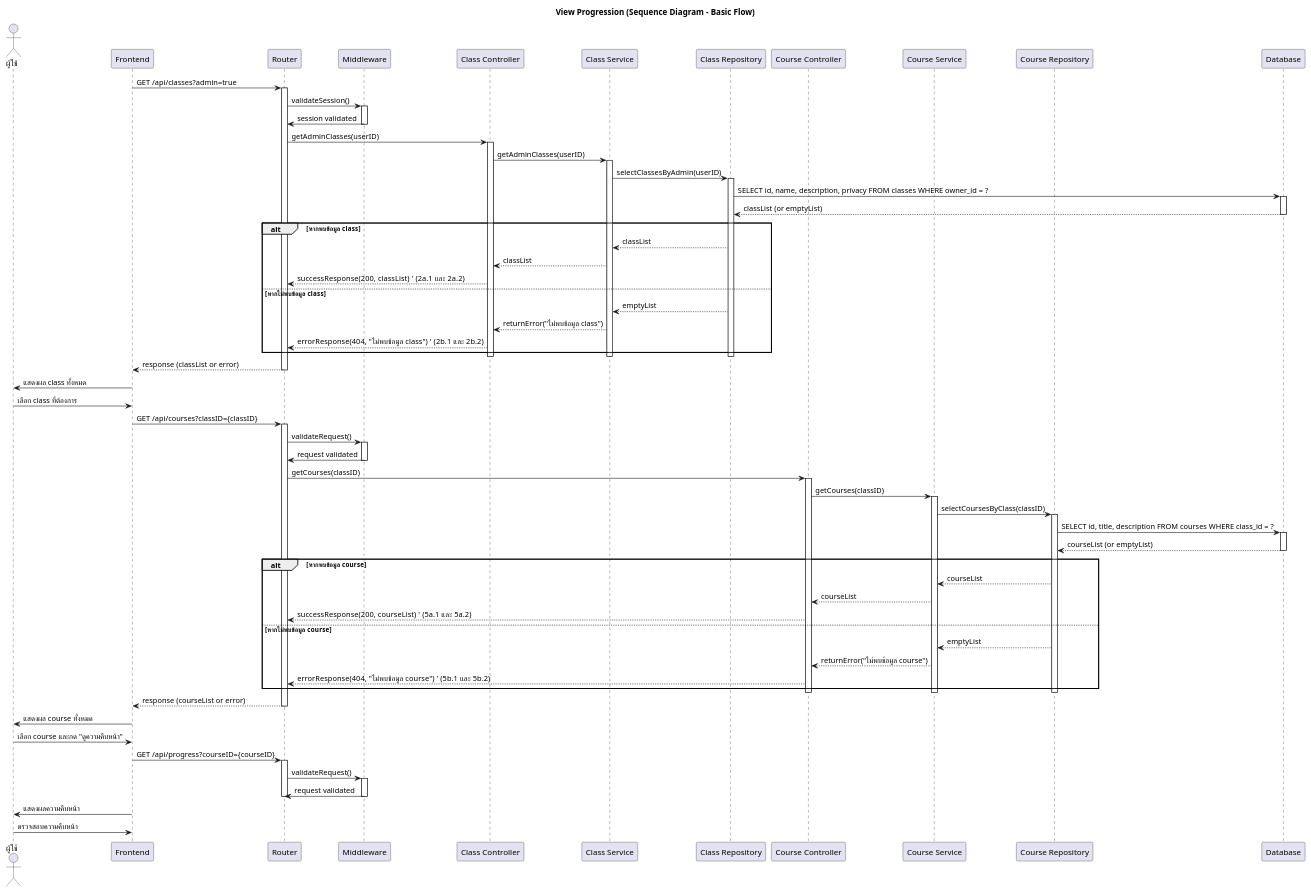
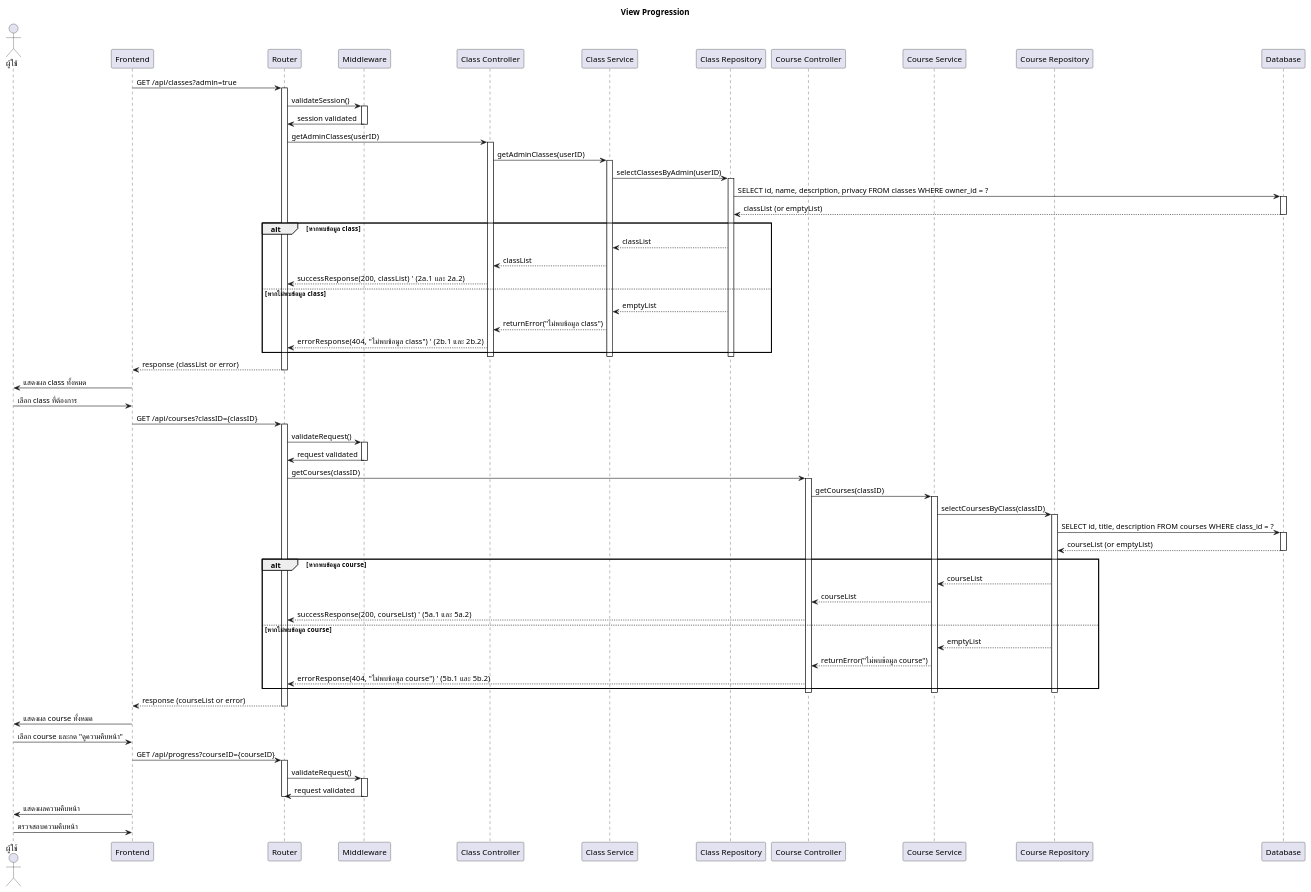
One commit to CS371-Project-Management/CS371-Sequence-Diagram changed the diagram in Not-done-SD-View-Progression.puml. Above: the diagram before and after it, drawn with PlantUML. The commit also changed 8 other files, not shown here.

```diff
--- a/Not-done-SD-View-Progression.puml
+++ b/Not-done-SD-View-Progression.puml
@@ -1,101 +1,101 @@
 @startuml
-title View Progression (Sequence Diagram - Basic Flow)
+title View Progression
 
 actor "ผู้ใช้" as User
 '--- Phase 1: ดึงข้อมูล Class ---
 participant "Frontend" as FE
 participant "Router" as Router
 participant "Middleware" as MW
 participant "Class Controller" as ClassCtrl
 participant "Class Service" as ClassServ
 participant "Class Repository" as ClassRepo
 participant "Course Controller" as CourseCtrl
 participant "Course Service" as CourseServ
 participant "Course Repository" as CourseRepo
 participant "Database" as DB
 
 ' ระบบดึงข้อมูล class ที่ผู้ใช้เข้าร่วม
 FE -> Router: GET /api/classes?admin=true
 activate Router
 Router -> MW: validateSession()
 activate MW
 MW -> Router: session validated
 deactivate MW
 Router -> ClassCtrl: getAdminClasses(userID)
 activate ClassCtrl
 ClassCtrl -> ClassServ: getAdminClasses(userID)
 activate ClassServ
 ClassServ -> ClassRepo: selectClassesByAdmin(userID)
 activate ClassRepo
 ClassRepo -> DB: SELECT id, name, description, privacy FROM classes WHERE owner_id = ?
 activate DB
 DB --> ClassRepo: classList (or emptyList)
 deactivate DB
 alt หากพบข้อมูล class
     ClassRepo --> ClassServ: classList
     ClassServ --> ClassCtrl: classList
     ClassCtrl --> Router: successResponse(200, classList)   ' (2a.1 และ 2a.2)
 else หากไม่พบข้อมูล class
     ClassRepo --> ClassServ: emptyList
     ClassServ --> ClassCtrl: returnError("ไม่พบข้อมูล class")
     ClassCtrl --> Router: errorResponse(404, "ไม่พบข้อมูล class")   ' (2b.1 และ 2b.2)
 end
 deactivate ClassRepo
 deactivate ClassServ
 deactivate ClassCtrl
 Router --> FE: response (classList or error)
 deactivate Router
 FE -> User: แสดงผล class ทั้งหมด
 
 '--- Phase 2: ดึงข้อมูล Course ---
 
 ' ผู้ใช้เลือก class ที่ต้องการ
 User -> FE: เลือก class ที่ต้องการ
 FE -> Router: GET /api/courses?classID={classID}
 activate Router
 Router -> MW: validateRequest()
 activate MW
 MW -> Router: request validated
 deactivate MW
 Router -> CourseCtrl: getCourses(classID)
 activate CourseCtrl
 CourseCtrl -> CourseServ: getCourses(classID)
 activate CourseServ
 CourseServ -> CourseRepo: selectCoursesByClass(classID)
 activate CourseRepo
 CourseRepo -> DB: SELECT id, title, description FROM courses WHERE class_id = ?
 activate DB
 DB --> CourseRepo: courseList (or emptyList)
 deactivate DB
 alt หากพบข้อมูล course
     CourseRepo --> CourseServ: courseList
     CourseServ --> CourseCtrl: courseList
     CourseCtrl --> Router: successResponse(200, courseList)   ' (5a.1 และ 5a.2)
 else หากไม่พบข้อมูล course
     CourseRepo --> CourseServ: emptyList
     CourseServ --> CourseCtrl: returnError("ไม่พบข้อมูล course")
     CourseCtrl --> Router: errorResponse(404, "ไม่พบข้อมูล course")   ' (5b.1 และ 5b.2)
 end
 deactivate CourseRepo
 deactivate CourseServ
 deactivate CourseCtrl
 Router --> FE: response (courseList or error)
 deactivate Router
 FE -> User: แสดงผล course ทั้งหมด
 
 '--- Phase 3: ดึงข้อมูล Progress ---
 ' ผู้ใช้เลือก course ที่ต้องการและกด "ดูความคืบหน้า"
 User -> FE: เลือก course และกด "ดูความคืบหน้า"
 FE -> Router: GET /api/progress?courseID={courseID}
 activate Router
 Router -> MW: validateRequest()
 activate MW
 MW -> Router: request validated
 deactivate MW
 
 
 deactivate Router
 FE -> User: แสดงผลความคืบหน้า
 User -> FE: ตรวจสอบความคืบหน้า
 
 @enduml
```
